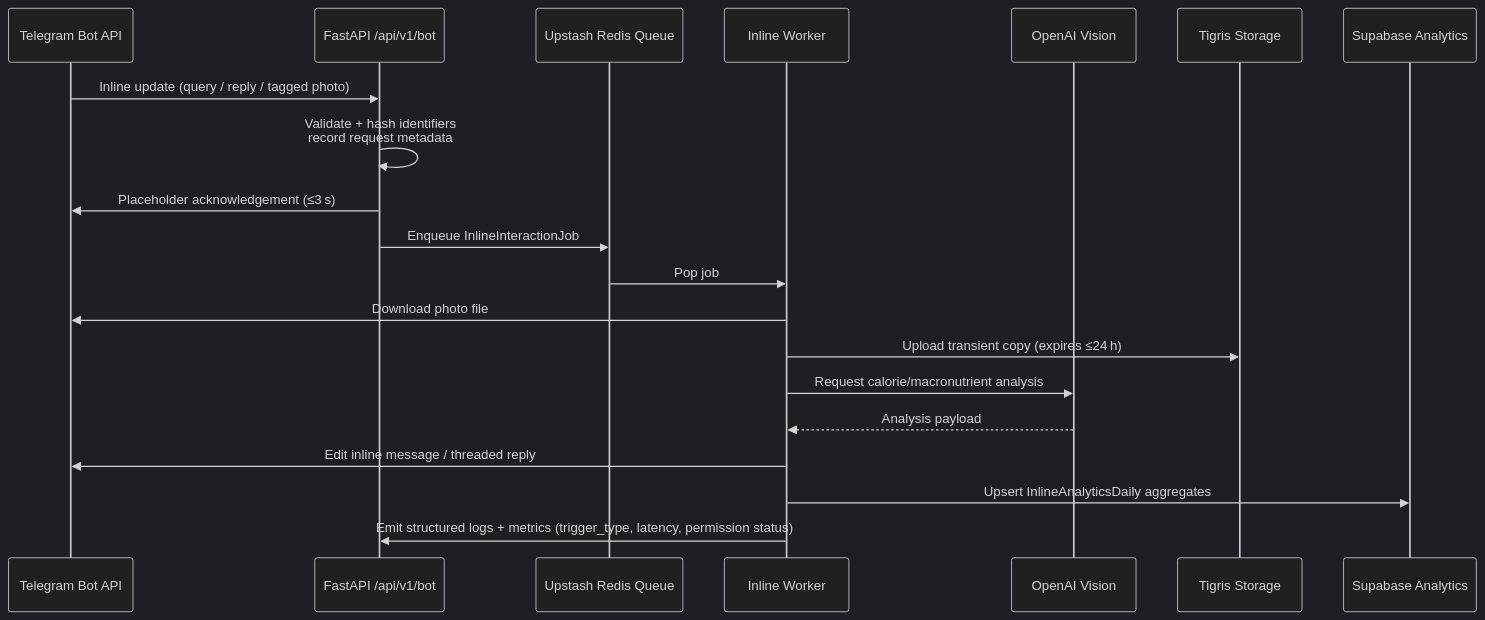
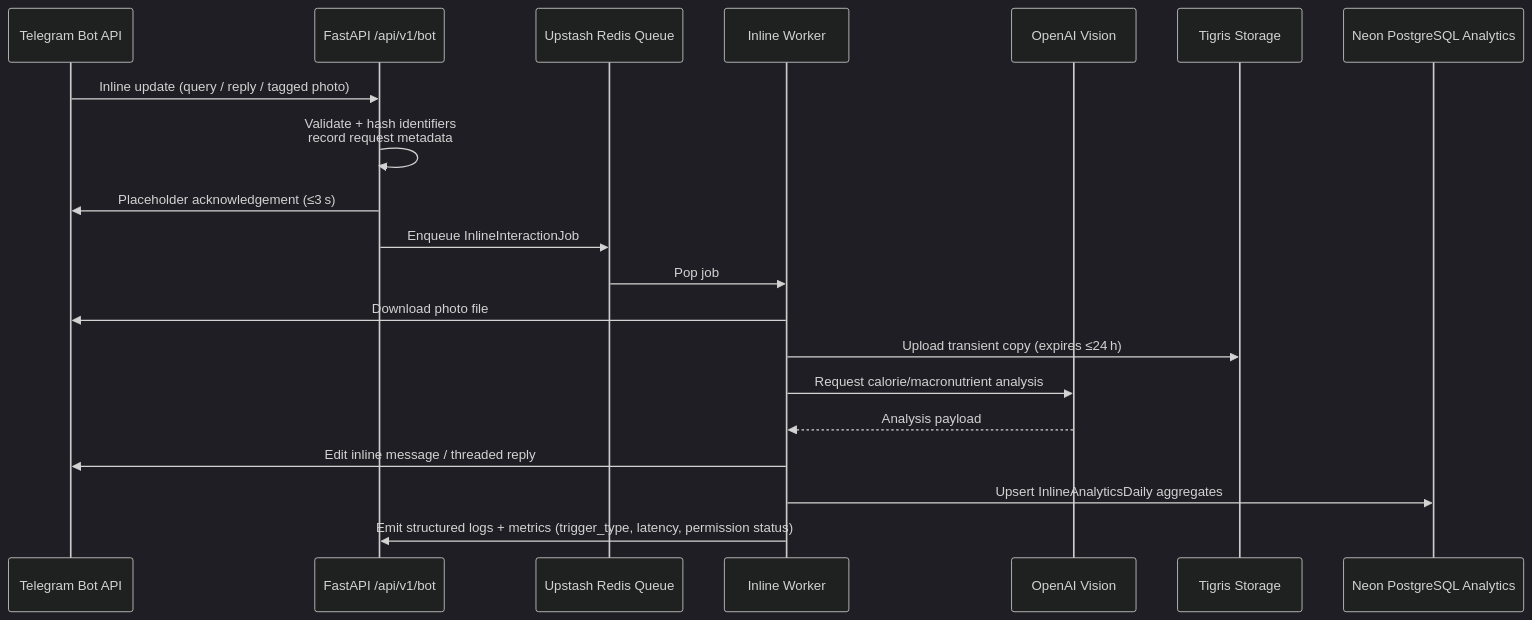
One commit to gofrolist/calorie-track-ai-bot-api changed the second of 14 diagrams in docs/ARCHITECTURE.md. Above: the diagram before and after it, drawn with Mermaid (dark theme). The commit also changed other lines of this file and 32 other files, not shown here.

````diff
--- a/docs/ARCHITECTURE.md
+++ b/docs/ARCHITECTURE.md
@@ -128,23 +127,23 @@
 ```mermaid
 sequenceDiagram
     participant TG as Telegram Bot API
     participant API as FastAPI /api/v1/bot
     participant RQ as Upstash Redis Queue
     participant WK as Inline Worker
     participant OA as OpenAI Vision
     participant ST as Tigris Storage
-    participant SA as Supabase Analytics
+    participant SA as Neon PostgreSQL Analytics
 
     TG->>API: Inline update (query / reply / tagged photo)
     API->>API: Validate + hash identifiers<br/>record request metadata
     API->>TG: Placeholder acknowledgement (≤3 s)
     API->>RQ: Enqueue InlineInteractionJob
     RQ->>WK: Pop job
     WK->>TG: Download photo file
     WK->>ST: Upload transient copy (expires ≤24 h)
     WK->>OA: Request calorie/macronutrient analysis
     OA-->>WK: Analysis payload
     WK->>TG: Edit inline message / threaded reply
     WK->>SA: Upsert InlineAnalyticsDaily aggregates
     WK->>API: Emit structured logs + metrics (trigger_type, latency, permission status)
 ```
````
